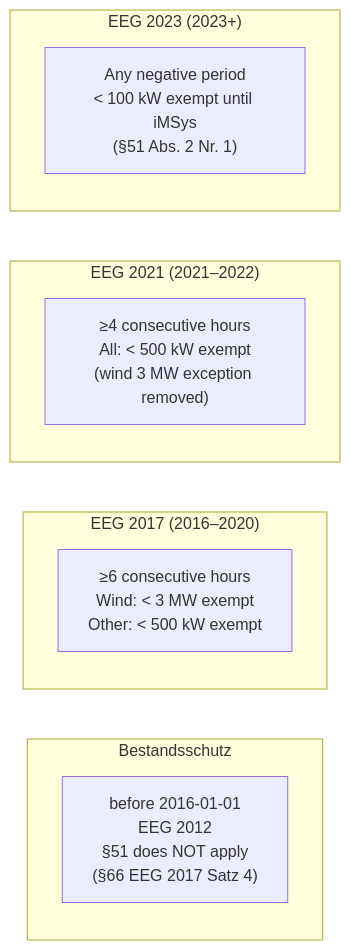
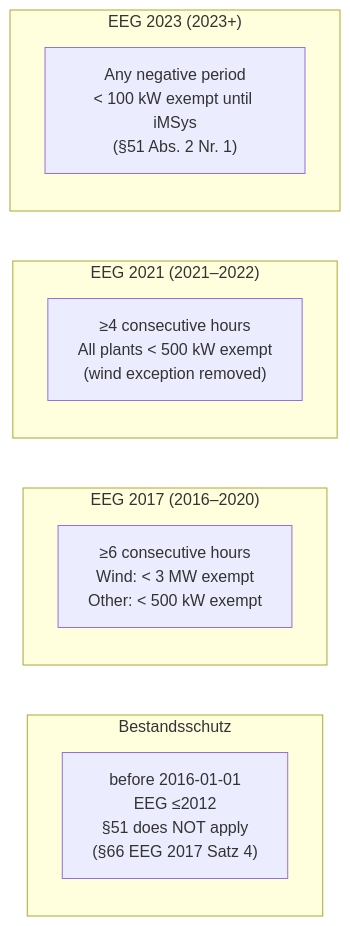
Before and after one commit to hupe1980/mako: the fourth of 5 diagrams in docs/einsd.md, drawn with Mermaid. The commit also changed other lines of this file and 81 other files, not shown here.

````diff
--- a/docs/einsd.md
+++ b/docs/einsd.md
@@ -264,15 +314,15 @@
 ```mermaid
 graph LR
     subgraph Bestandsschutz
-        A["before 2016-01-01\nEEG 2012\n§51 does NOT apply\n(§66 EEG 2017 Satz 4)"]
+        A["before 2016-01-01\nEEG ≤2012\n§51 does NOT apply\n(§66 EEG 2017 Satz 4)"]
     end
     subgraph EEG2017["EEG 2017 (2016–2020)"]
         B["≥6 consecutive hours\nWind: < 3 MW exempt\nOther: < 500 kW exempt"]
     end
     subgraph EEG2021["EEG 2021 (2021–2022)"]
-        C["≥4 consecutive hours\nAll: < 500 kW exempt\n(wind 3 MW exception removed)"]
+        C["≥4 consecutive hours\nAll plants < 500 kW exempt\n(wind exception removed)"]
     end
     subgraph EEG2023["EEG 2023 (2023+)"]
         D["Any negative period\n< 100 kW exempt until iMSys\n(§51 Abs. 2 Nr. 1)"]
     end
 ```
````
